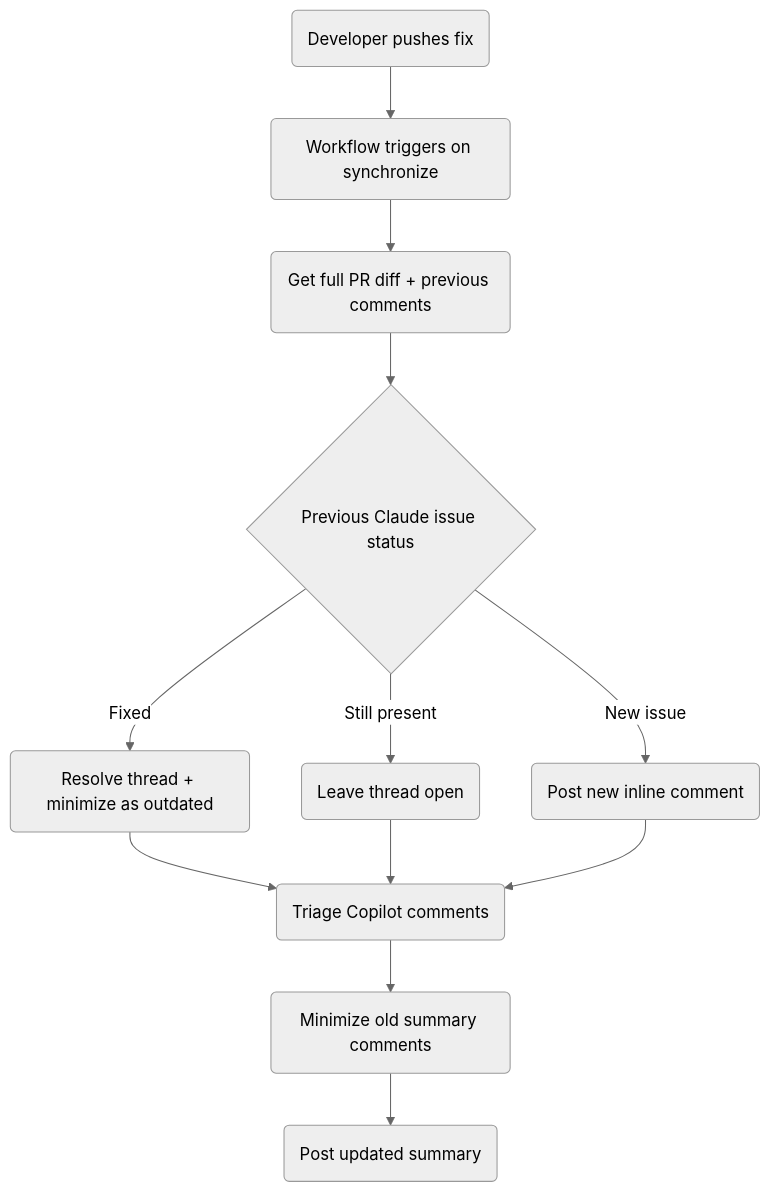
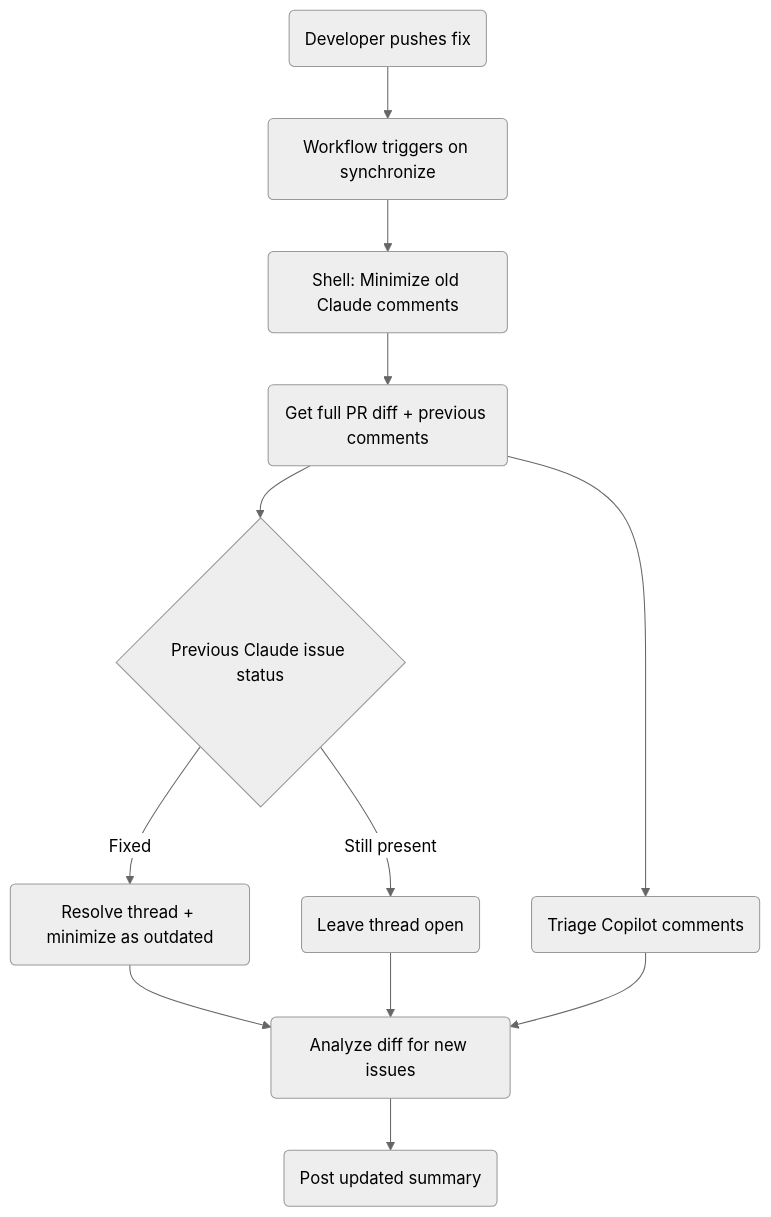
One commit to SchweizerischeBundesbahnen/github-workflows-polarion changed the second of 2 diagrams in docs/claude-code-review.md. Above: the diagram before and after it, drawn with Mermaid (neutral theme). The commit also changed other lines of this file and 1 other file, not shown here.

First line of the commit message:
refactor: switch inline comments to MCP tool (#36)

````diff
--- a/docs/claude-code-review.md
+++ b/docs/claude-code-review.md
@@ -166,14 +160,14 @@
 ```mermaid
 flowchart TD
   A(Developer pushes fix) --> B(Workflow triggers on synchronize)
-  B --> C(Get full PR diff + previous comments)
-  C --> D{Previous Claude issue status}
-  D -->|Fixed| E(Resolve thread + minimize as outdated)
-  D -->|Still present| F(Leave thread open)
-  D -->|New issue| G(Post new inline comment)
-  E --> CP(Triage Copilot comments)
-  F --> CP
-  G --> CP
-  CP --> H(Minimize old summary comments)
-  H --> I(Post updated summary)
+  B --> C(Shell: Minimize old Claude comments)
+  C --> D(Get full PR diff + previous comments)
+  D --> E{Previous Claude issue status}
+  E -->|Fixed| F(Resolve thread + minimize as outdated)
+  E -->|Still present| G(Leave thread open)
+  D --> H(Triage Copilot comments)
+  F --> I(Analyze diff for new issues)
+  G --> I
+  H --> I
+  I --> J(Post updated summary)
 ```
````
